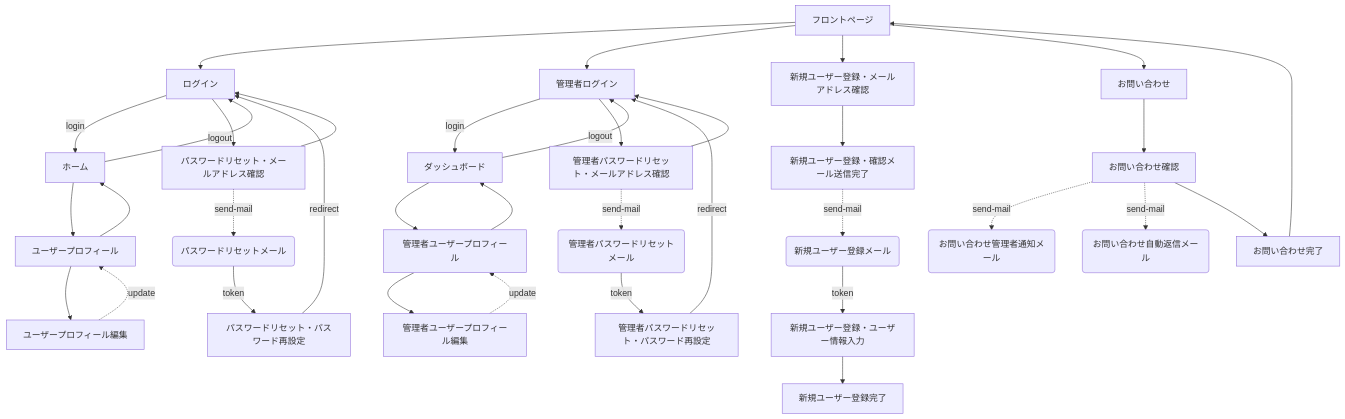
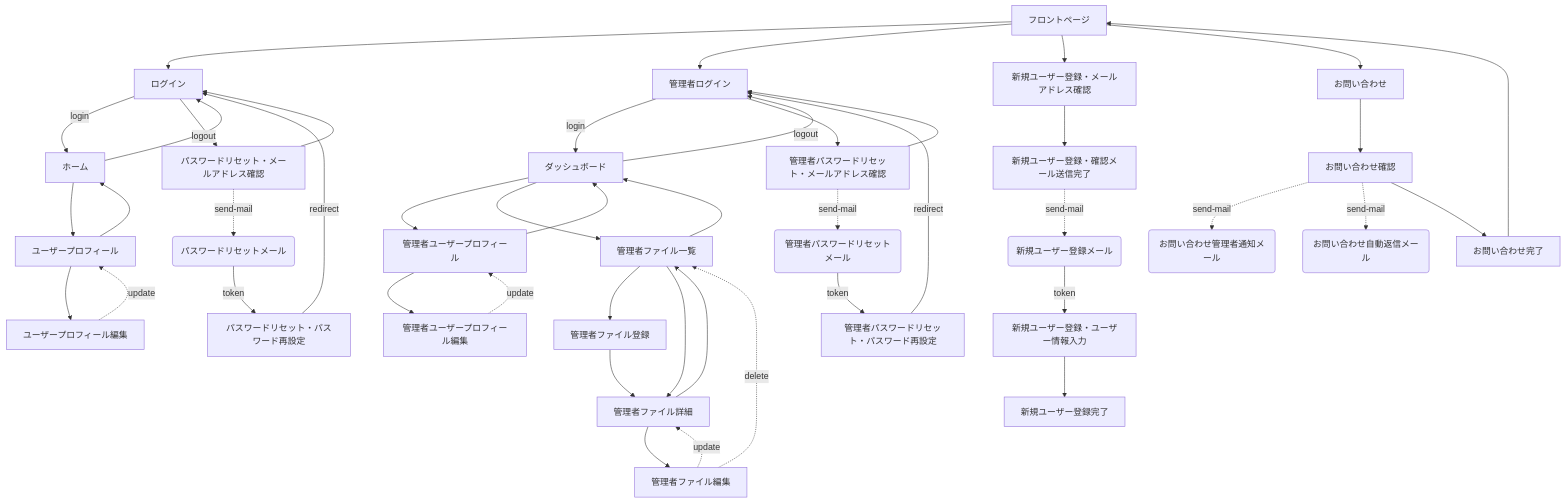
One commit to DesignSupply/startify-app changed the first of 2 diagrams in .cursor/rules/app-overview.mdc. Above: the diagram before and after it, drawn with Mermaid. The commit also changed other lines of this file, not shown here.

Commit message:
[update] ドキュメント更新

````diff
--- a/.cursor/rules/app-overview.mdc
+++ b/.cursor/rules/app-overview.mdc
@@ -50,39 +54,48 @@
 ```mermaid
 flowchart TD
-    frontpage[フロントページ] --> signin[ログイン]
-    signin -- login -->  home[ホーム]
+    frontpage["フロントページ"] --> signin["ログイン"]
+    signin -- login -->  home["ホーム"]
     home -- logout --> signin
-    frontpage --> admin[管理者ログイン]
-    admin -- login --> dashboard[ダッシュボード]
+    frontpage --> admin["管理者ログイン"]
+    admin -- login --> dashboard["ダッシュボード"]
     dashboard -- logout --> admin
-    signin --> password-forgot[パスワードリセット・メールアドレス確認]
-    password-forgot -.-> |send-mail| mail-password-forgot(パスワードリセットメール)
-    mail-password-forgot -- token --> password-reset[パスワードリセット・パスワード再設定]
+    signin --> password-forgot["パスワードリセット・メールアドレス確認"]
+    password-forgot -.-> |send-mail| mail-password-forgot("パスワードリセットメール")
+    mail-password-forgot -- token --> password-reset["パスワードリセット・パスワード再設定"]
     password-reset -- redirect --> signin
     password-forgot --> signin
-    admin --> admin-password-forgot[管理者パスワードリセット・メールアドレス確認]
-    admin-password-forgot -.-> |send-mail| mail-admin-password-forgot(管理者パスワードリセットメール)
-    mail-admin-password-forgot -- token --> admin-password-reset[管理者パスワードリセット・パスワード再設定]
+    admin --> admin-password-forgot["管理者パスワードリセット・メールアドレス確認"]
+    admin-password-forgot -.-> |send-mail| mail-admin-password-forgot("管理者パスワードリセットメール")
+    mail-admin-password-forgot -- token --> admin-password-reset["管理者パスワードリセット・パスワード再設定"]
     admin-password-reset -- redirect --> admin
     admin-password-forgot --> admin
-    frontpage --> signup[新規ユーザー登録・メールアドレス確認]
-    signup --> signup-pending[新規ユーザー登録・確認メール送信完了]
-    signup-pending -.-> |send-mail| mail-signup(新規ユーザー登録メール)
-    mail-signup -- token --> signup-register[新規ユーザー登録・ユーザー情報入力]
-    signup-register --> signup-complete[新規ユーザー登録完了]
-    home --> profile[ユーザープロフィール]
+    frontpage --> signup["新規ユーザー登録・メールアドレス確認"]
+    signup --> signup-pending["新規ユーザー登録・確認メール送信完了"]
+    signup-pending -.-> |send-mail| mail-signup("新規ユーザー登録メール")
+    mail-signup -- token --> signup-register["新規ユーザー登録・ユーザー情報入力"]
+    signup-register --> signup-complete["新規ユーザー登録完了"]
+    home --> profile["ユーザープロフィール"]
     profile --> home
-    profile --> profile-edit[ユーザープロフィール編集]
+    profile --> profile-edit["ユーザープロフィール編集"]
     profile-edit -.-> |update| profile
-    dashboard --> admin-profile[管理者ユーザープロフィール]
+    dashboard --> admin-profile["管理者ユーザープロフィール"]
     admin-profile --> dashboard
-    admin-profile --> admin-profile-edit[管理者ユーザープロフィール編集]
+    admin-profile --> admin-profile-edit["管理者ユーザープロフィール編集"]
     admin-profile-edit -.-> |update| admin-profile
-    frontpage --> contact[お問い合わせ]
-    contact --> contact-confirm[お問い合わせ確認]
-    contact-confirm -.-> |send-mail| mail-contact-notification(お問い合わせ管理者通知メール)
-    contact-confirm -.-> |send-mail| mail-contact-reply(お問い合わせ自動返信メール)
-    contact-confirm --> contact-thanks[お問い合わせ完了]
+    dashboard --> admin-files["管理者ファイル一覧"]
+    admin-files --> dashboard
+    admin-files --> admin-files-create["管理者ファイル登録"]
+    admin-files-create --> admin-files-show["管理者ファイル詳細"]
+    admin-files --> admin-files-show
+    admin-files-show --> admin-files
+    admin-files-show --> admin-files-edit["管理者ファイル編集"]
+    admin-files-edit -.-> |update| admin-files-show
+    admin-files-edit -.-> |delete| admin-files
+    frontpage --> contact["お問い合わせ"]
+    contact --> contact-confirm["お問い合わせ確認"]
+    contact-confirm -.-> |send-mail| mail-contact-notification("お問い合わせ管理者通知メール")
+    contact-confirm -.-> |send-mail| mail-contact-reply("お問い合わせ自動返信メール")
+    contact-confirm --> contact-thanks["お問い合わせ完了"]
     contact-thanks --> frontpage
 
 ```
````
